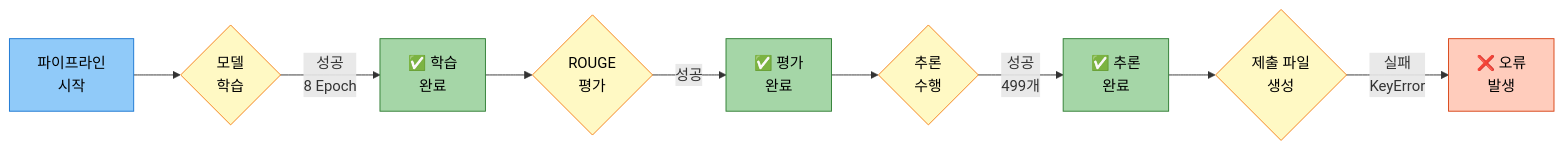
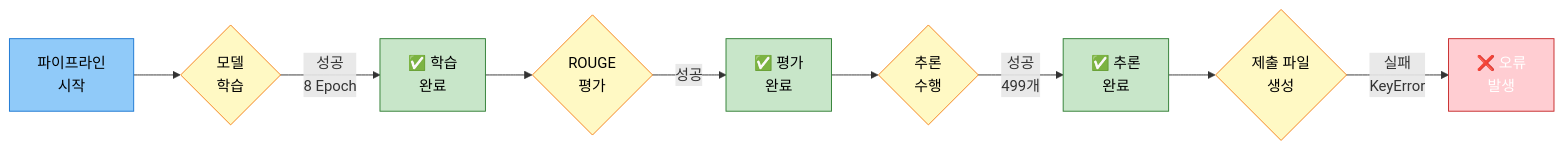
The third of 15 diagrams in docs/experiments/20251013_111525_strategy1_kobart_optimized_실험분석.md (AIBootcamp14/naturallanguageprocessingcompetition-nlp-1), drawn with Mermaid before and after one commit. The commit also changed other lines of this file, not shown here.

First line of the commit message:
fix: mermaid 다이어그램 스타일 완전 수정

````diff
--- a/docs/experiments/20251013_111525_strategy1_kobart_optimized_실험분석.md
+++ b/docs/experiments/20251013_111525_strategy1_kobart_optimized_실험분석.md
@@ -109,21 +127,21 @@
 ```mermaid
 graph LR
     A[파이프라인<br/>시작] --> B{모델<br/>학습}
     B -->|성공<br/>8 Epoch| C[✅ 학습<br/>완료]
     C --> D{ROUGE<br/>평가}
     D -->|성공| E[✅ 평가<br/>완료]
     E --> F{추론<br/>수행}
     F -->|성공<br/>499개| G[✅ 추론<br/>완료]
     G --> H{제출 파일<br/>생성}
     H -->|실패<br/>KeyError| I[❌ 오류<br/>발생]
 
     style A fill:#90caf9,stroke:#1976d2,color:#000
     style B fill:#fff9c4,stroke:#f57f17,color:#000
-    style C fill:#a5d6a7,stroke:#2e7d32,color:#000
+    style C fill:#c8e6c9,stroke:#2e7d32,color:#000
     style D fill:#fff9c4,stroke:#f57f17,color:#000
-    style E fill:#a5d6a7,stroke:#2e7d32,color:#000
+    style E fill:#c8e6c9,stroke:#2e7d32,color:#000
     style F fill:#fff9c4,stroke:#f57f17,color:#000
-    style G fill:#a5d6a7,stroke:#2e7d32,color:#000
+    style G fill:#c8e6c9,stroke:#2e7d32,color:#000
     style H fill:#fff9c4,stroke:#f57f17,color:#000
-    style I fill:#ffccbc,stroke:#d84315,color:#000
+    style I fill:#ffcdd2,stroke:#c62828,color:#fff
 ```
````
